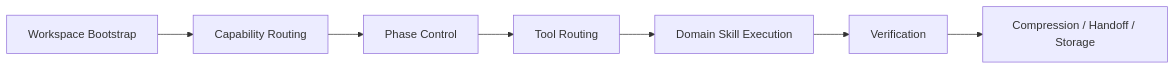
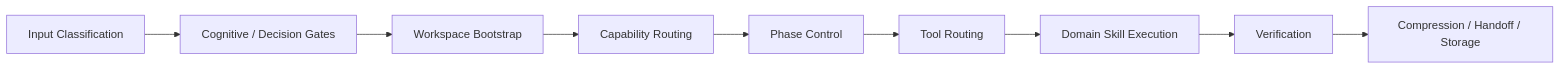
The diagram in README.md (cbcraftlab/governed-skill-tree), drawn with Mermaid before and after one commit. The commit also changed other lines of this file and 8 other files, not shown here.

````diff
--- a/README.md
+++ b/README.md
@@ -189,9 +201,11 @@
 ```mermaid
 flowchart LR
-    A[Workspace Bootstrap] --> B[Capability Routing]
-    B --> C[Phase Control]
-    C --> D[Tool Routing]
-    D --> E[Domain Skill Execution]
-    E --> F[Verification]
-    F --> G[Compression / Handoff / Storage]
+    A[Input Classification] --> B[Cognitive / Decision Gates]
+    B --> C[Workspace Bootstrap]
+    C --> D[Capability Routing]
+    D --> E[Phase Control]
+    E --> F[Tool Routing]
+    F --> G[Domain Skill Execution]
+    G --> H[Verification]
+    H --> I[Compression / Handoff / Storage]
 ```
````
